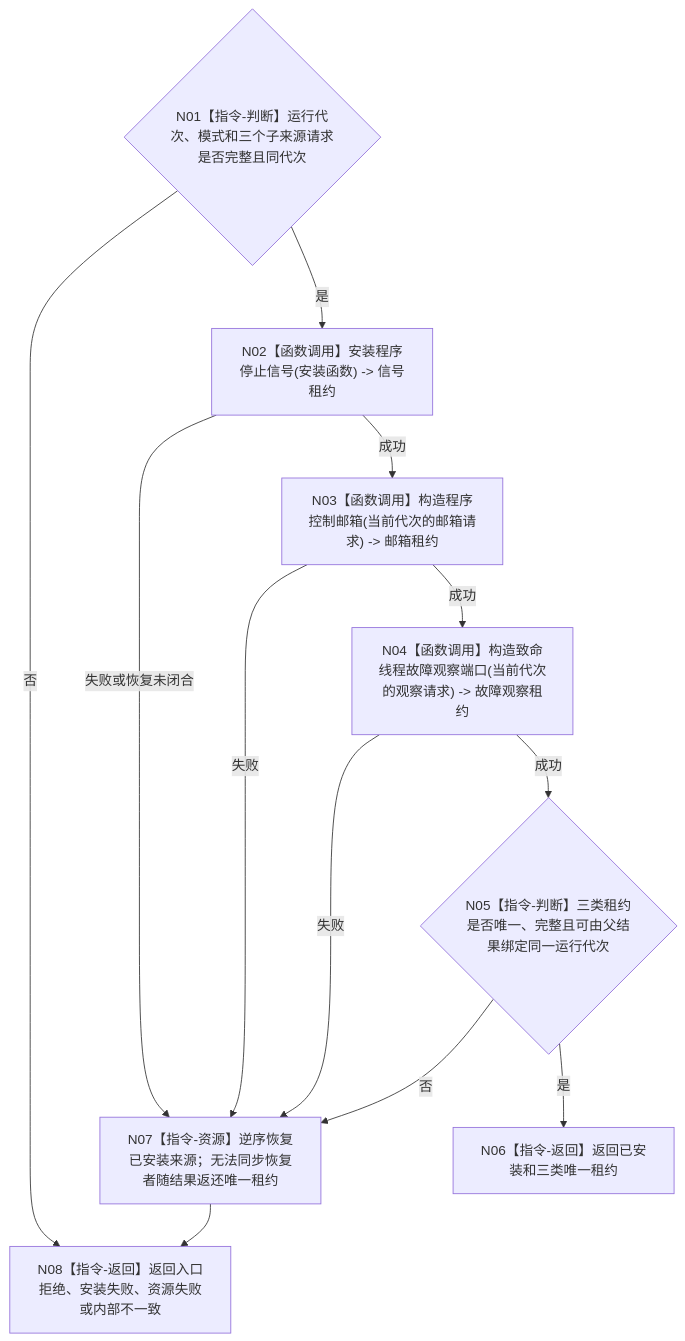
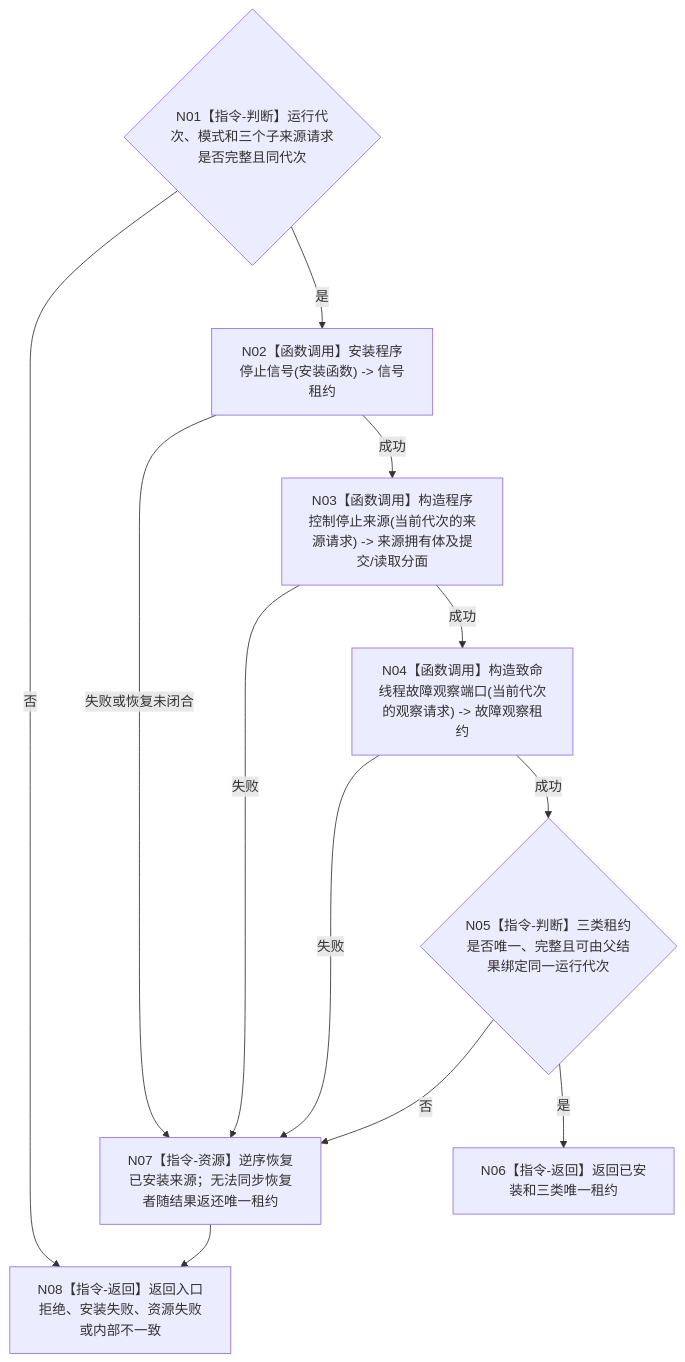
Before and after one commit to chunhaizh-cyber/HY-Ego: the diagram in 流程图/目标业务流程图/L2/BIZ-L2-001-02_安装程序停止来源_目标函数流程图_v0.2.md, drawn with Mermaid. The commit also changed other lines of this file and 14 other files, not shown here.

````diff
--- a/流程图/目标业务流程图/L2/BIZ-L2-001-02_安装程序停止来源_目标函数流程图_v0.2.md
+++ b/流程图/目标业务流程图/L2/BIZ-L2-001-02_安装程序停止来源_目标函数流程图_v0.2.md
@@ -35,23 +35,23 @@
 ```mermaid
 flowchart TD
     N01{"N01【指令-判断】运行代次、模式和三个子来源请求是否完整且同代次"}
     N02["N02【函数调用】安装程序停止信号(安装函数) -> 信号租约"]
-    N03["N03【函数调用】构造程序控制邮箱(当前代次的邮箱请求) -> 邮箱租约"]
+    N03["N03【函数调用】构造程序控制停止来源(当前代次的来源请求) -> 来源拥有体及提交/读取分面"]
     N04["N04【函数调用】构造致命线程故障观察端口(当前代次的观察请求) -> 故障观察租约"]
     N05{"N05【指令-判断】三类租约是否唯一、完整且可由父结果绑定同一运行代次"}
     N06["N06【指令-返回】返回已安装和三类唯一租约"]
     N07["N07【指令-资源】逆序恢复已安装来源；无法同步恢复者随结果返还唯一租约"]
     N08["N08【指令-返回】返回入口拒绝、安装失败、资源失败或内部不一致"]
 
     N01 -->|否| N08
     N01 -->|是| N02
     N02 -->|失败或恢复未闭合| N07
     N02 -->|成功| N03
     N03 -->|失败| N07
     N03 -->|成功| N04
     N04 -->|失败| N07
     N04 -->|成功| N05
     N05 -->|否| N07
     N05 -->|是| N06
     N07 --> N08
 ```
````
